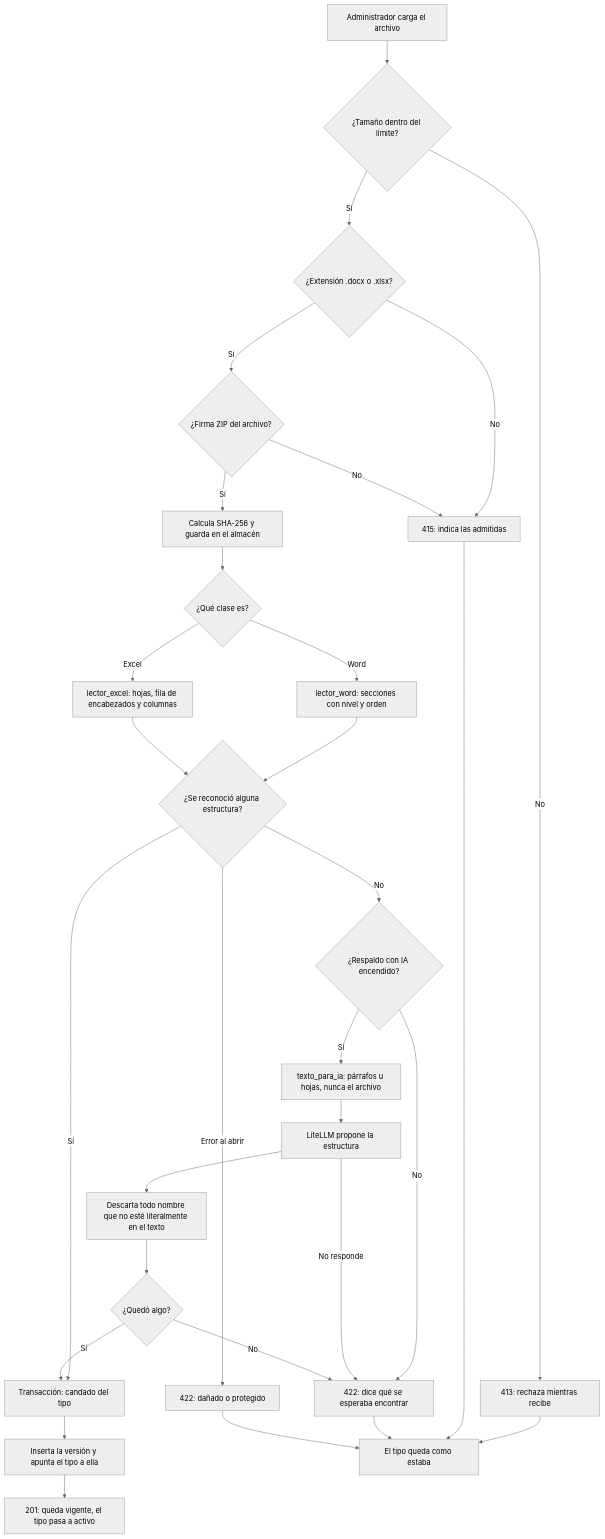
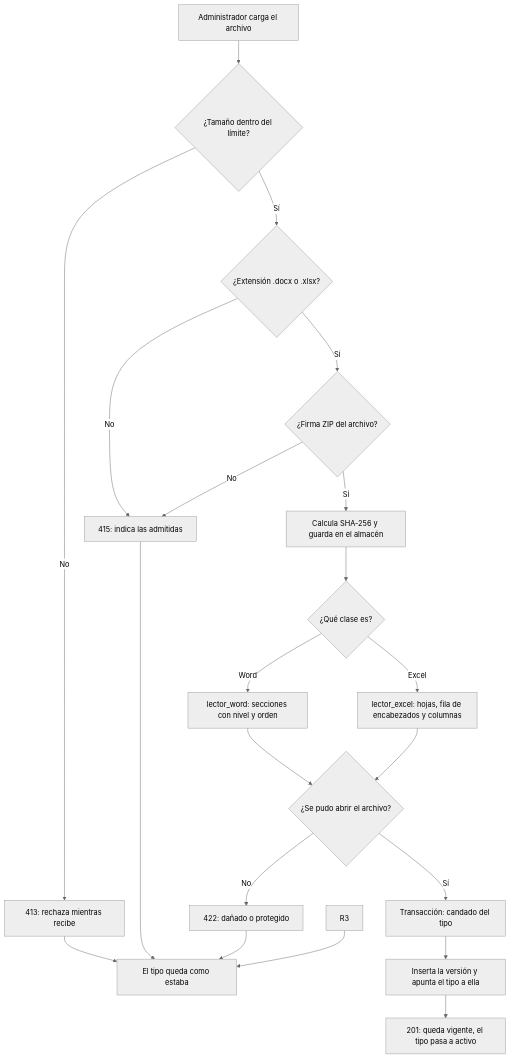
One commit to dmoreno-d10a/VIDA changed the diagram in specs/002-tipos-de-documentacion/plan.md. Above: the diagram before and after it, drawn with Mermaid (neutral theme). The commit also changed other lines of this file and 9 other files, not shown here.

````diff
--- a/specs/002-tipos-de-documentacion/plan.md
+++ b/specs/002-tipos-de-documentacion/plan.md
@@ -120,33 +117,24 @@
 ```mermaid
 flowchart TD
   A[Administrador carga el archivo] --> B{¿Tamaño dentro del límite?}
   B -- No --> R1[413: rechaza mientras recibe]
   B -- Sí --> C{¿Extensión .docx o .xlsx?}
   C -- No --> R2[415: indica las admitidas]
   C -- Sí --> D{¿Firma ZIP del archivo?}
   D -- No --> R2
   D -- Sí --> E[Calcula SHA-256 y guarda en el almacén]
   E --> F{¿Qué clase es?}
   F -- Word --> G[lector_word: secciones con nivel y orden]
   F -- Excel --> H[lector_excel: hojas, fila de encabezados y columnas]
-  G --> I{¿Se reconoció alguna estructura?}
+  G --> I{¿Se pudo abrir el archivo?}
   H --> I
-  I -- Error al abrir --> R4[422: dañado o protegido]
+  I -- No --> R4[422: dañado o protegido]
   I -- Sí --> J[Transacción: candado del tipo]
-  I -- No --> N{¿Respaldo con IA encendido?}
-  N -- No --> R3[422: dice qué se esperaba encontrar]
-  N -- Sí --> O[texto_para_ia: párrafos u hojas, nunca el archivo]
-  O --> P[LiteLLM propone la estructura]
-  P -- No responde --> R3
-  P --> Q[Descarta todo nombre que no esté literalmente en el texto]
-  Q --> S{¿Quedó algo?}
-  S -- No --> R3
-  S -- Sí --> J
   J --> K[Inserta la versión y apunta el tipo a ella]
   K --> L[201: queda vigente, el tipo pasa a activo]
 
   R1 --> M[El tipo queda como estaba]
   R2 --> M
   R3 --> M
   R4 --> M
 ```
````
